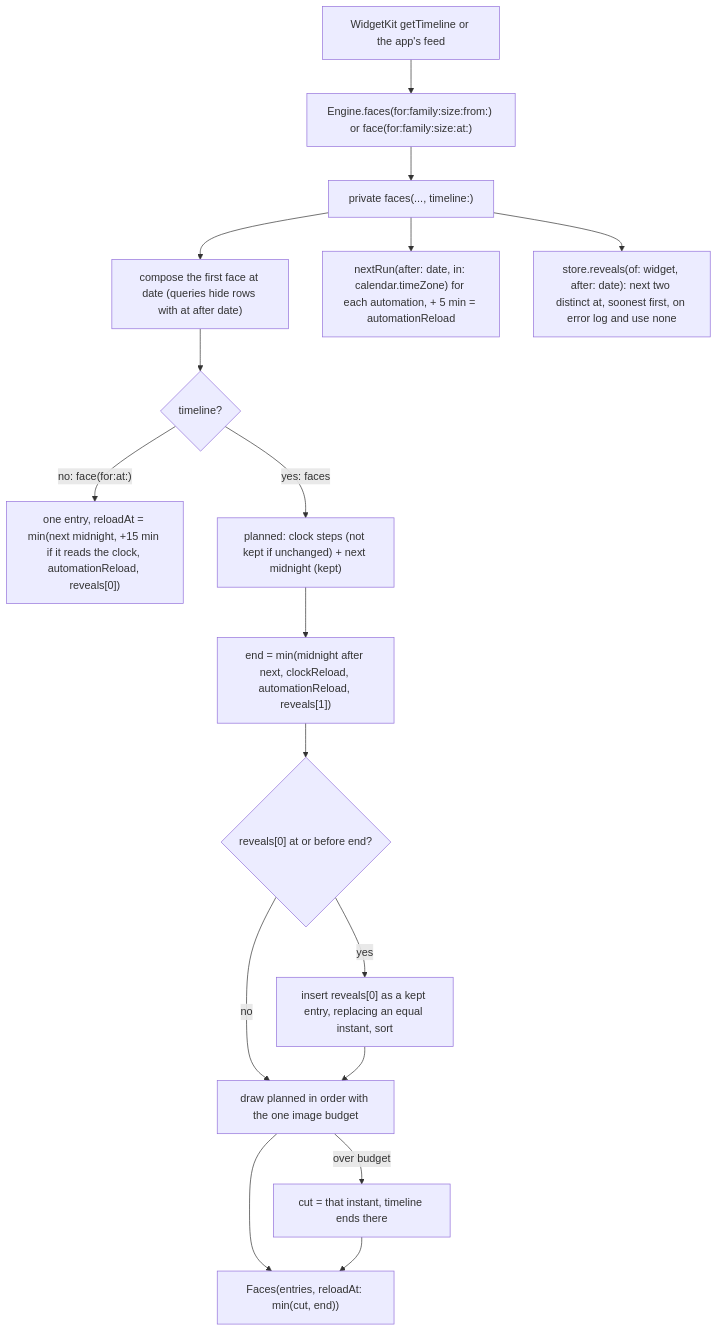
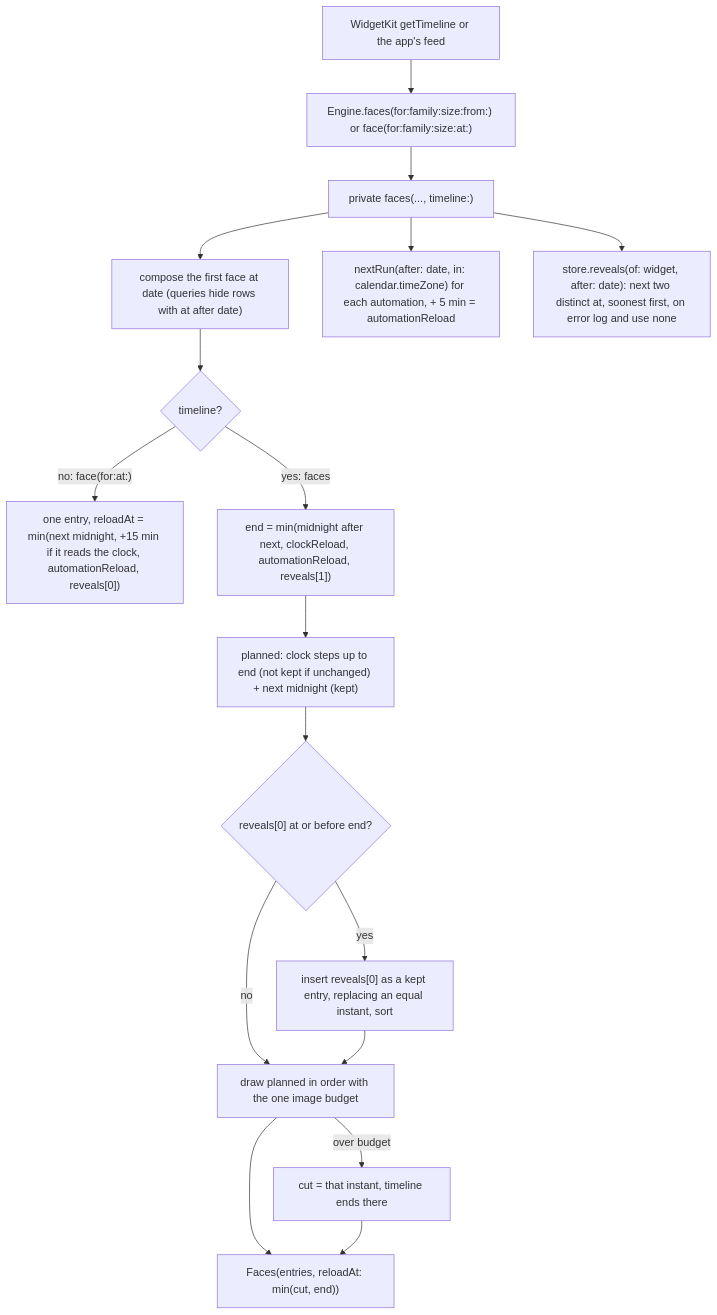
One commit to Krutik460/Widgie changed the second of 7 diagrams in docs/pr/22-phase-3-p1-engine.md. Above: the diagram before and after it, drawn with Mermaid. The commit also changed other lines of this file and 11 other files, not shown here.

````diff
--- a/docs/pr/22-phase-3-p1-engine.md
+++ b/docs/pr/22-phase-3-p1-engine.md
@@ -73,19 +73,19 @@
 ```mermaid
 flowchart TD
   WK["WidgetKit getTimeline or the app's feed"] --> F["Engine.faces(for:family:size:from:) or face(for:family:size:at:)"]
   F --> PRIV["private faces(..., timeline:)"]
   PRIV --> FIRST["compose the first face at date (queries hide rows with at after date)"]
   PRIV --> AUTO["nextRun(after: date, in: calendar.timeZone) for each automation, + 5 min = automationReload"]
   PRIV --> REV["store.reveals(of: widget, after: date): next two distinct at, soonest first, on error log and use none"]
   FIRST --> ONE{"timeline?"}
   ONE -->|"no: face(for:at:)"| SINGLE["one entry, reloadAt = min(next midnight, +15 min if it reads the clock, automationReload, reveals[0])"]
-  ONE -->|"yes: faces"| PLAN["planned: clock steps (not kept if unchanged) + next midnight (kept)"]
-  PLAN --> END["end = min(midnight after next, clockReload, automationReload, reveals[1])"]
-  END --> ADD{"reveals[0] at or before end?"}
+  ONE -->|"yes: faces"| END["end = min(midnight after next, clockReload, automationReload, reveals[1])"]
+  END --> PLAN["planned: clock steps up to end (not kept if unchanged) + next midnight (kept)"]
+  PLAN --> ADD{"reveals[0] at or before end?"}
   ADD -->|"yes"| INS["insert reveals[0] as a kept entry, replacing an equal instant, sort"]
   ADD -->|"no"| DRAW
   INS --> DRAW["draw planned in order with the one image budget"]
   DRAW -->|"over budget"| CUT["cut = that instant, timeline ends there"]
   DRAW --> RET["Faces(entries, reloadAt: min(cut, end))"]
   CUT --> RET
 ```
````
